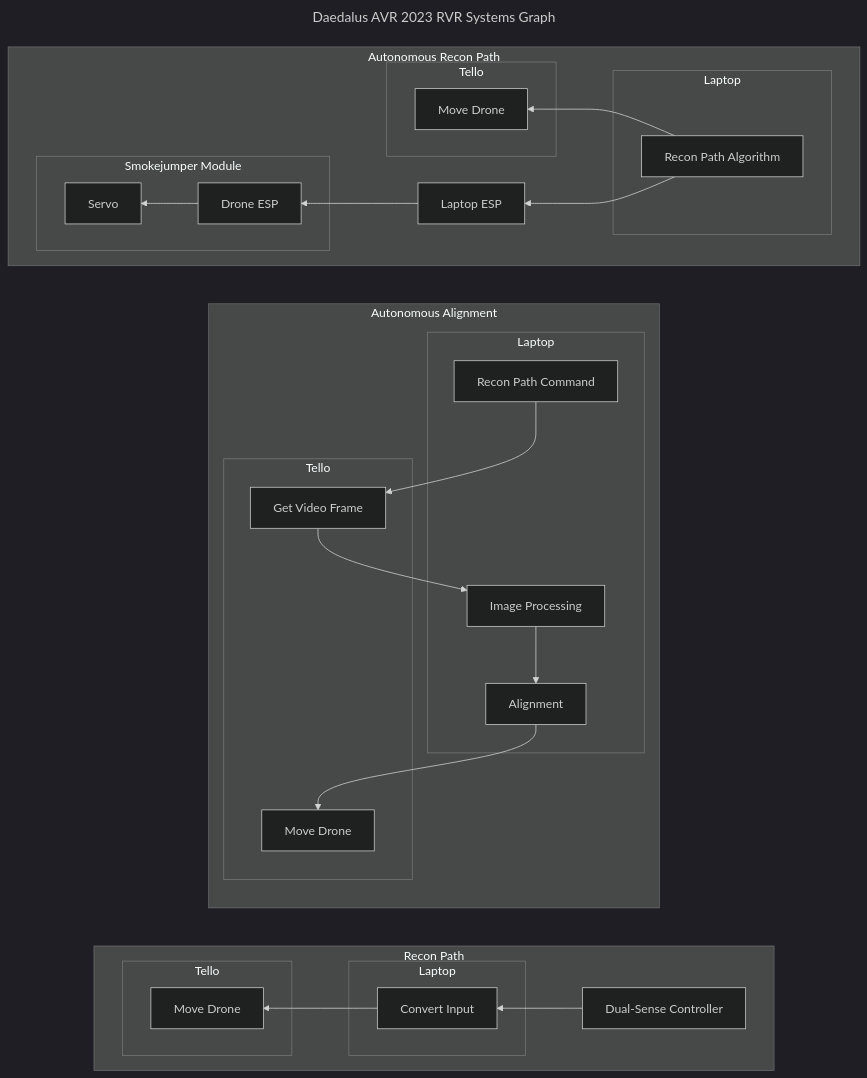
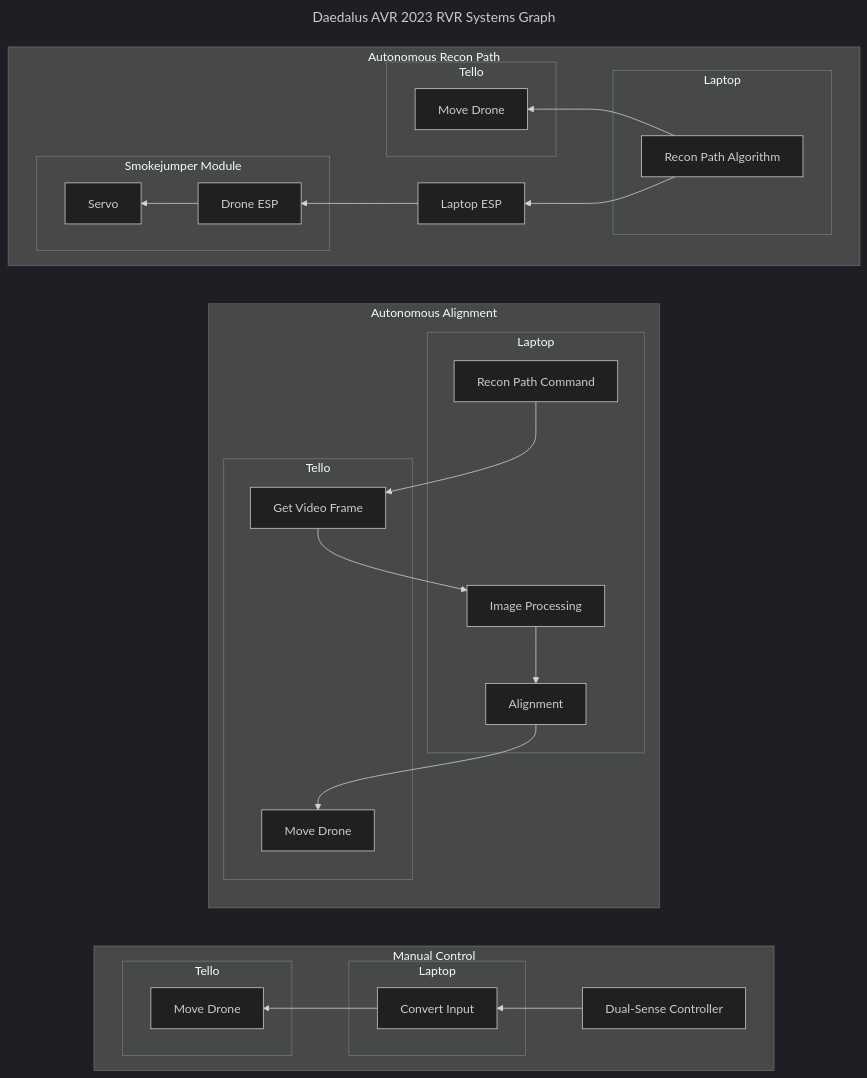
The diagram in RVR.md (Daedalus-Robotics/avr_2023_documentation), drawn with Mermaid (dark theme) before and after one commit.

````diff
--- a/RVR.md
+++ b/RVR.md
@@ -1,68 +1,68 @@
 ```mermaid
 ---
 title: Daedalus AVR 2023 RVR Systems Graph
 ---
 
 
 flowchart LR
 
-    subgraph recon[Recon Path]
+    subgraph manual[Manual Control]
         direction RL
         subgraph laptop[Laptop]
             conversion[Convert Input]
         end
 
         subgraph tello[Tello]
             move[Move Drone]
         end
     
         controller[Dual-Sense Controller] --> conversion --> move
 
     end
 
     subgraph alignment[Autonomous Alignment]
         direction TB
 
         subgraph alaptop[Laptop]
             command[Recon Path Command]
             processing[Image Processing]
             align[Alignment]
         end
 
         subgraph atello[Tello]
              command --> frame[Get Video Frame] --> processing --> align --> amove[Move Drone]
         end
         
 
     end
 
     subgraph reconpath[Autonomous Recon Path]
         direction RL
 
         subgraph blaptop[Laptop]
             rp[Recon Path Algorithm]
         end
 
         subgraph smokejumper[Smokejumper Module]
             droneesp[Drone ESP]
             droneesp --> servo[Servo]
         end
 
         rp --> pcesp[Laptop ESP] --> droneesp
 
         subgraph btello[Tello]
             rp --> bmove[Move Drone]
         end
 
         
         
 
     end
 
     
 
 
   
 
 
 ```
````
